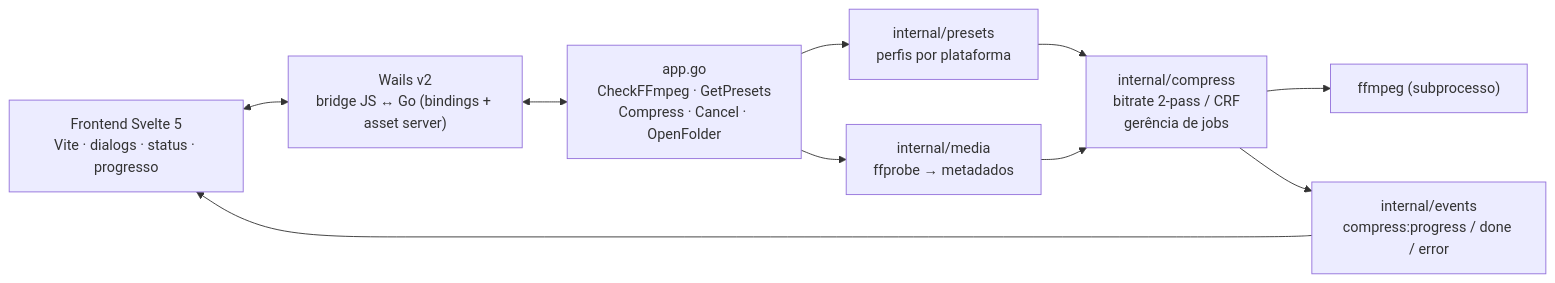
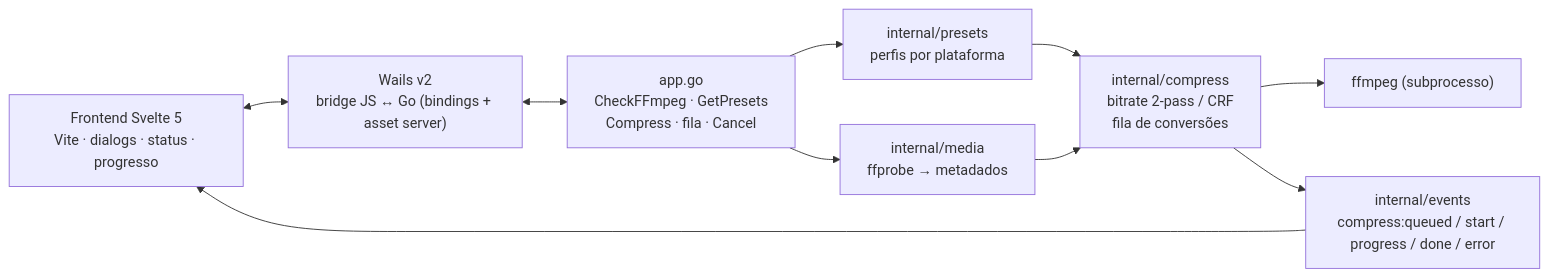
Before and after one commit to fabianoflorentino/vidctl: the first of 3 diagrams in README.md, drawn with Mermaid. The commit also changed other lines of this file and 2 other files, not shown here.

Commit message:
docs(fase2): registra a fila de conversões no README, CHANGELOG e plano

````diff
--- a/README.md
+++ b/README.md
@@ -62,20 +66,20 @@
 ```mermaid
 flowchart LR
   UI["Frontend Svelte 5<br/>Vite · dialogs · status · progresso"]
   W["Wails v2<br/>bridge JS ↔ Go (bindings + asset server)"]
-  APP["app.go<br/>CheckFFmpeg · GetPresets<br/>Compress · Cancel · OpenFolder"]
+  APP["app.go<br/>CheckFFmpeg · GetPresets<br/>Compress · fila · Cancel"]
   P["internal/presets<br/>perfis por plataforma"]
   M["internal/media<br/>ffprobe → metadados"]
-  C["internal/compress<br/>bitrate 2-pass / CRF<br/>gerência de jobs"]
-  E["internal/events<br/>compress:progress / done / error"]
+  C["internal/compress<br/>bitrate 2-pass / CRF<br/>fila de conversões"]
+  E["internal/events<br/>compress:queued / start / progress / done / error"]
   F["ffmpeg (subprocesso)"]
 
   UI <--> W <--> APP
   APP --> P
   P --> C
   APP --> M
   M --> C
   C --> F
   C --> E
   E --> UI
 ```
````
